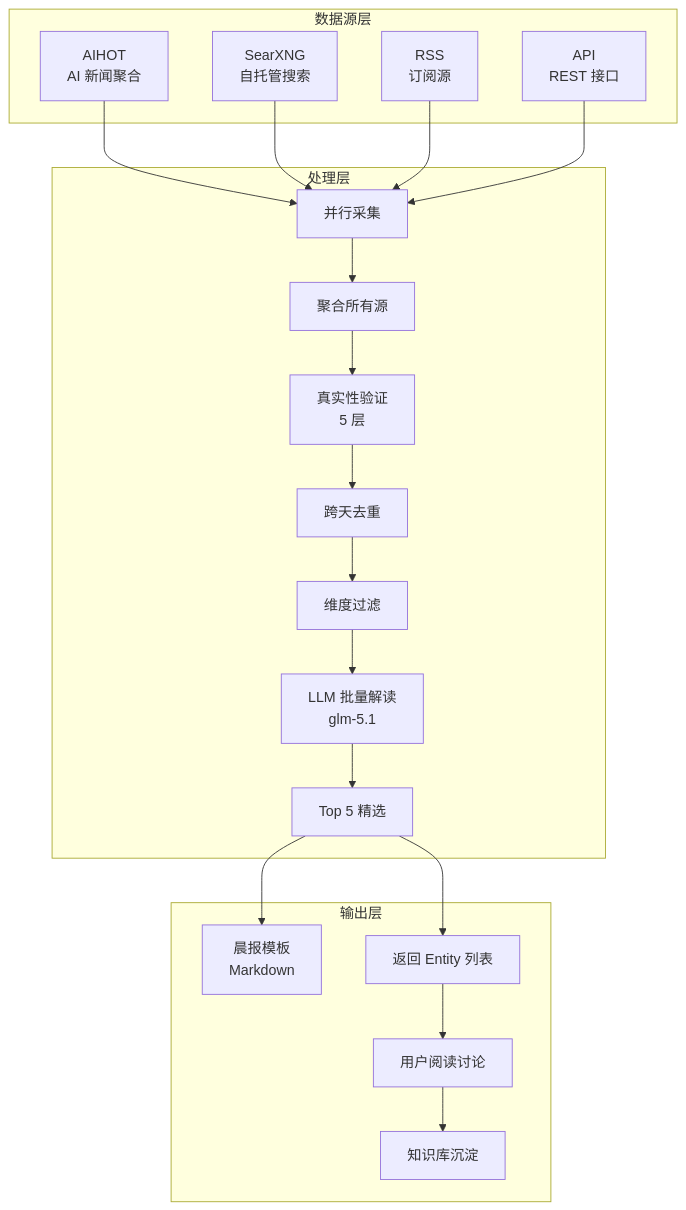
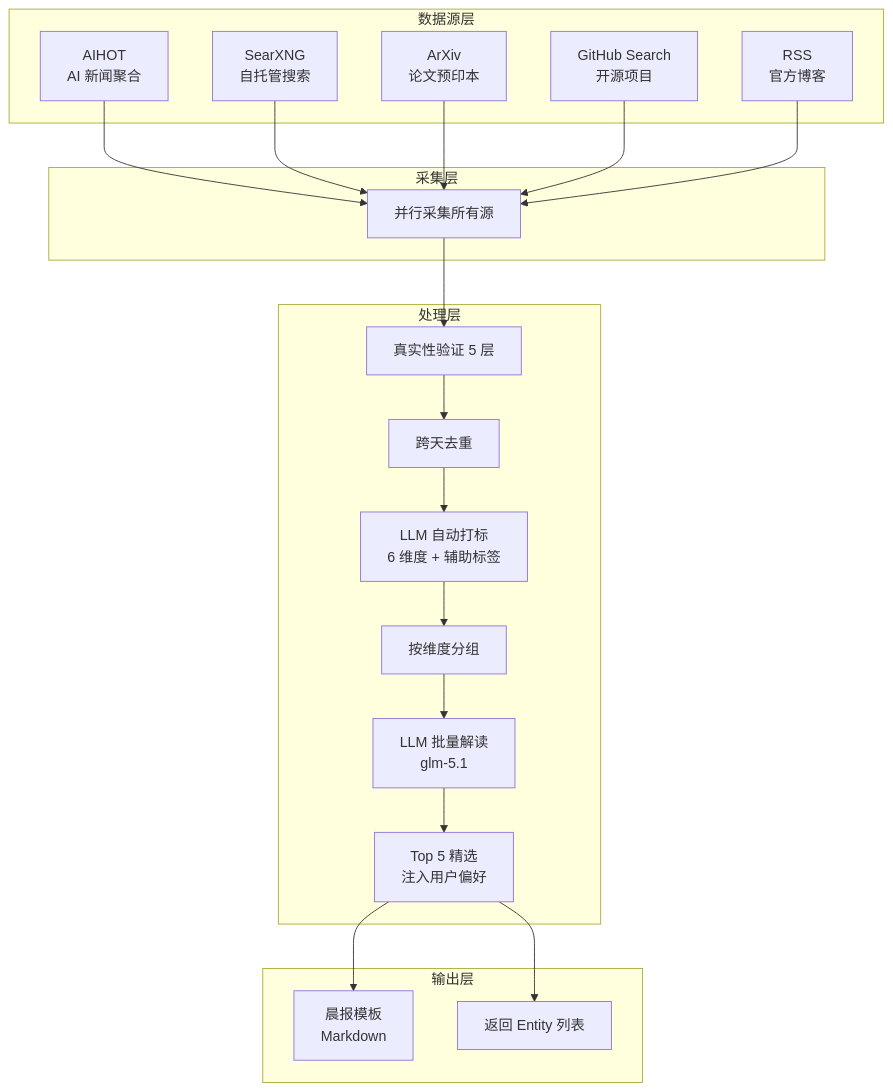
The first of 3 diagrams in docs/ingest/design/00-overview.md (xinovate/linglong-knowledge), drawn with Mermaid before and after one commit. The commit also changed other lines of this file and 16 other files, not shown here.

````diff
--- a/docs/ingest/design/00-overview.md
+++ b/docs/ingest/design/00-overview.md
@@ -56,30 +64,34 @@
 ```mermaid
 graph TD
     subgraph 数据源层
         A1[AIHOT<br/>AI 新闻聚合]
         A2[SearXNG<br/>自托管搜索]
-        A3[RSS<br/>订阅源]
-        A4[API<br/>REST 接口]
+        A3[ArXiv<br/>论文预印本]
+        A4[GitHub Search<br/>开源项目]
+        A5[RSS<br/>官方博客]
+    end
+
+    subgraph 采集层
+        B1[并行采集所有源]
     end
 
     subgraph 处理层
-        B1[并行采集] --> B2[聚合所有源]
-        B2 --> B3[真实性验证<br/>5 层]
-        B3 --> B4[跨天去重]
-        B4 --> B5[维度过滤]
+        B2[真实性验证 5 层] --> B3[跨天去重]
+        B3 --> B4[LLM 自动打标<br/>6 维度 + 辅助标签]
+        B4 --> B5[按维度分组]
         B5 --> B6[LLM 批量解读<br/>glm-5.1]
-        B6 --> B7[Top 5 精选]
+        B6 --> B7[Top 5 精选<br/>注入用户偏好]
     end
 
     subgraph 输出层
         B7 --> C1[晨报模板<br/>Markdown]
         B7 --> C2[返回 Entity 列表]
-        C2 --> C3[用户阅读讨论]
-        C3 --> C4[知识库沉淀]
     end
 
     A1 --> B1
     A2 --> B1
     A3 --> B1
     A4 --> B1
+    A5 --> B1
+    B1 --> B2
 ```
````
